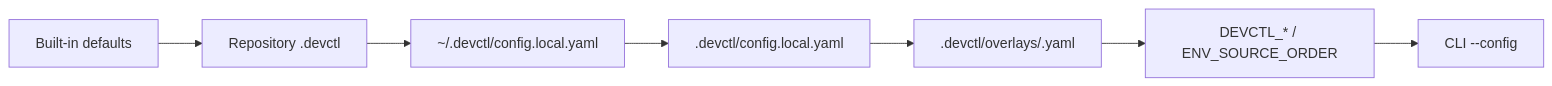
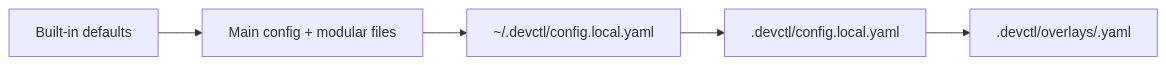
Before and after one commit to amr-m-abdelgawad/devctl: the third of 3 diagrams in docs/configuration.md, drawn with Mermaid. The commit also changed other lines of this file and 9 other files, not shown here.

````diff
--- a/docs/configuration.md
+++ b/docs/configuration.md
@@ -52,9 +52,7 @@
 ```mermaid
 flowchart LR
-  defaults["Built-in defaults"] --> repo["Repository .devctl"]
+  defaults["Built-in defaults"] --> repo["Main config + modular files"]
   repo --> homeLocal["~/.devctl/config.local.yaml"]
   homeLocal --> repoLocal[".devctl/config.local.yaml"]
   repoLocal --> session[".devctl/overlays/<name>.yaml"]
-  session --> env["DEVCTL_* / ENV_SOURCE_ORDER"]
-  env --> flags["CLI --config"]
 ```
````
